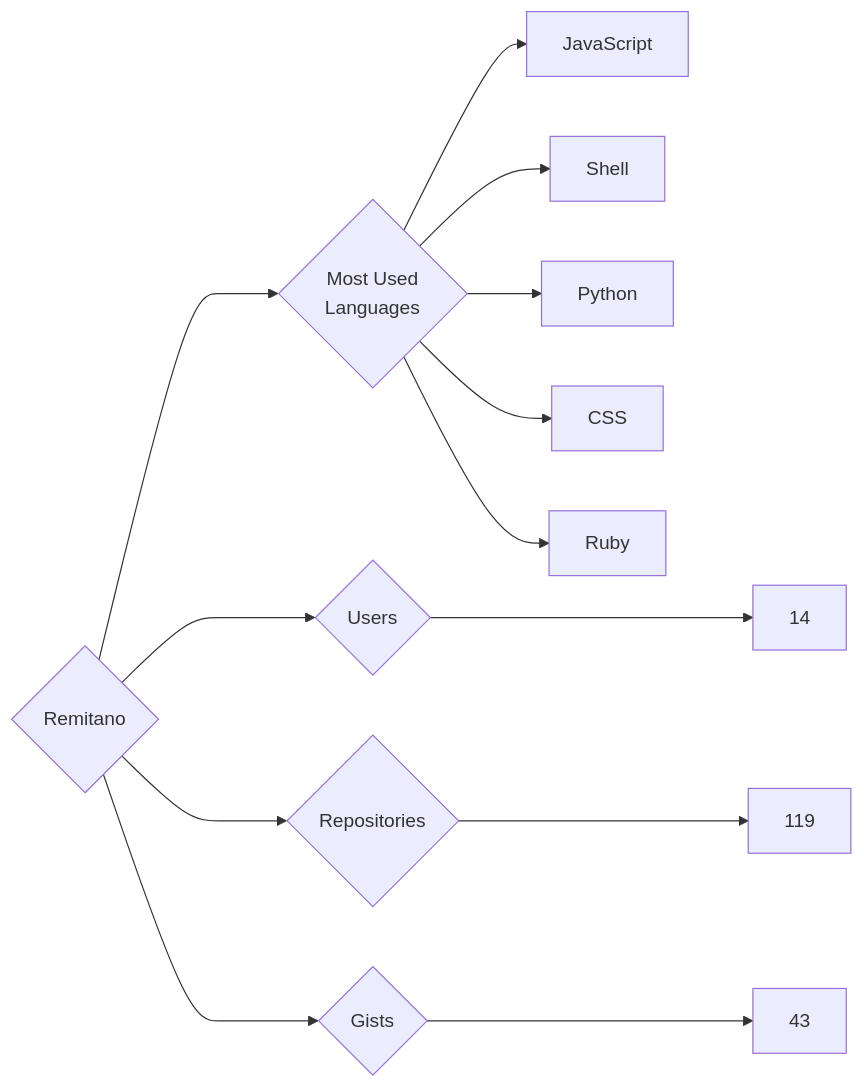
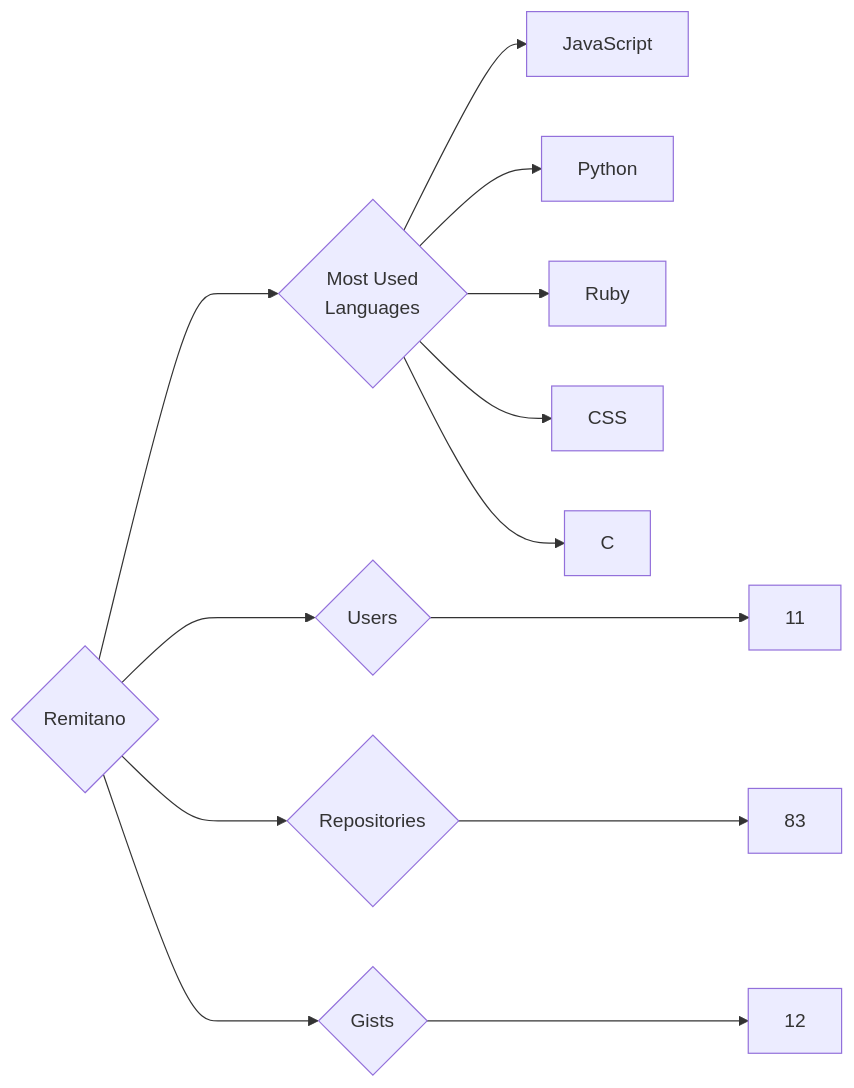
The diagram in targets/Remitano/README.md (trickest/insiders), drawn with Mermaid before and after one commit. The commit also changed 1496 other files, not shown here.

````diff
--- a/targets/Remitano/README.md
+++ b/targets/Remitano/README.md
@@ -3,13 +3,13 @@
 ```mermaid
 graph LR
 COMPANY_NAME{Remitano}
-COMPANY_NAME ---> U{Users} ---> UN[14]
-COMPANY_NAME ---> R{Repositories} ---> RN[119]
-COMPANY_NAME ---> G{Gists} ---> GN[43]
+COMPANY_NAME ---> U{Users} ---> UN[11]
+COMPANY_NAME ---> R{Repositories} ---> RN[83]
+COMPANY_NAME ---> G{Gists} ---> GN[12]
 COMPANY_NAME ---> ML{Most Used<br>Languages}
 ML --> JavaScript[JavaScript]
-ML --> Shell[Shell]
 ML --> Python[Python]
+ML --> Ruby[Ruby]
 ML --> CSS[CSS]
-ML --> Ruby[Ruby]
+ML --> C[C]
 ```
````
